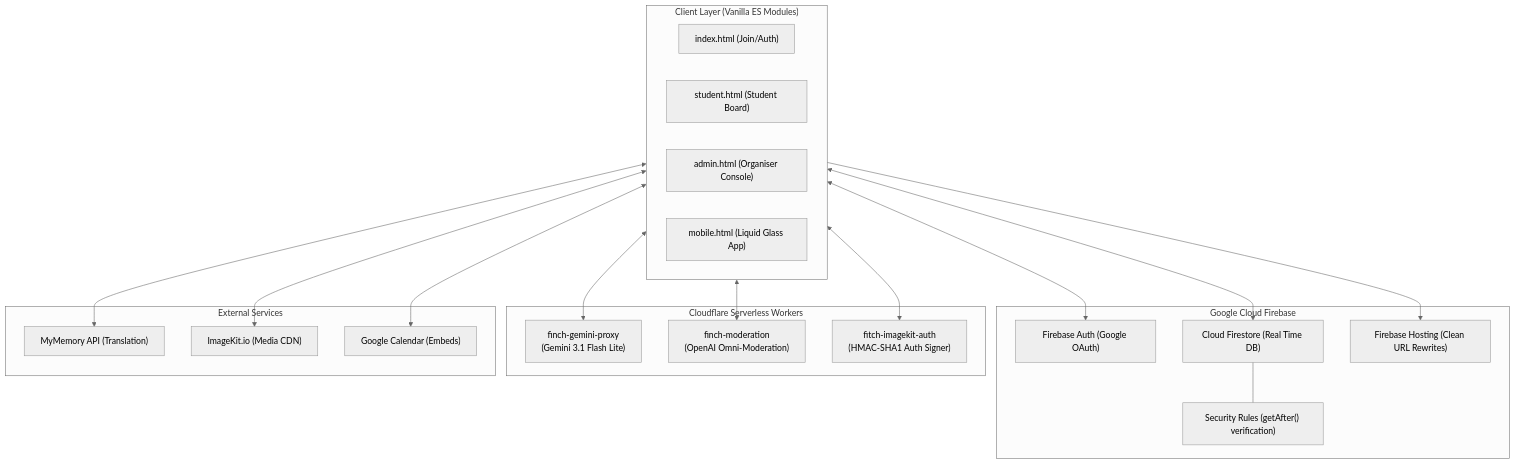
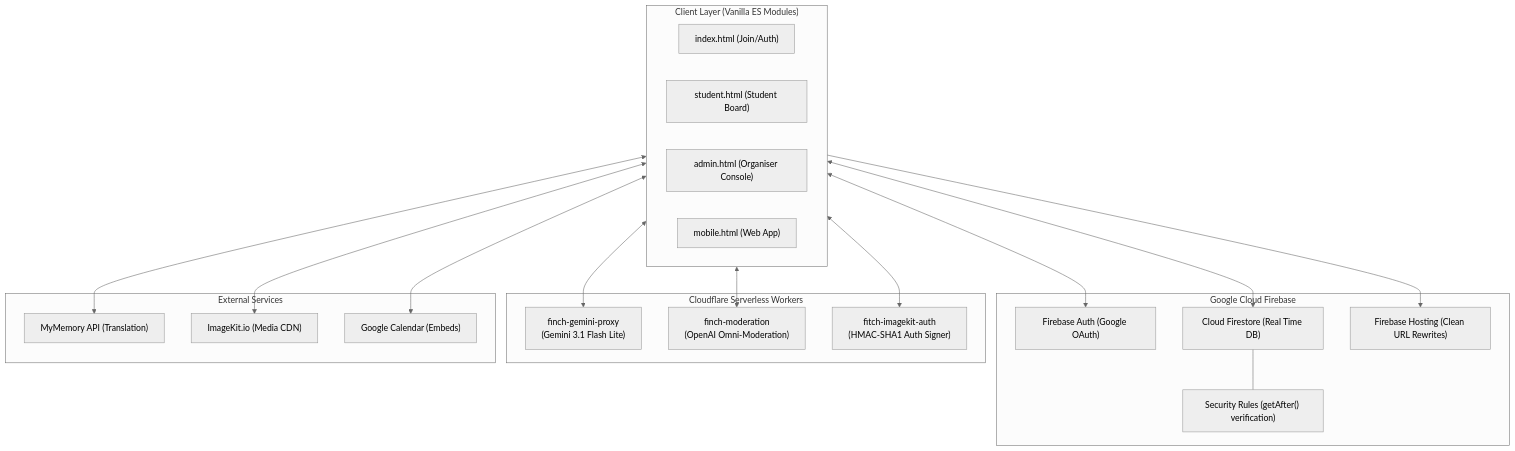
One commit to BruhKrypticc/fitch changed the diagram in README.md. Above: the diagram before and after it, drawn with Mermaid (neutral theme).

Commit message:
readme again

````diff
--- a/README.md
+++ b/README.md
@@ -55,41 +55,41 @@
 ```mermaid
 flowchart TD
     subgraph Client ["Client Layer (Vanilla ES Modules)"]
         Index["index.html (Join/Auth)"]
         Student["student.html (Student Board)"]
         Admin["admin.html (Organiser Console)"]
-        Mobile["mobile.html (Liquid Glass App)"]
+        Mobile["mobile.html (Web App)"]
     end
 
     subgraph Firebase ["Google Cloud Firebase"]
         Auth["Firebase Auth (Google OAuth)"]
         Firestore["Cloud Firestore (Real Time DB)"]
         Rules["Security Rules (getAfter() verification)"]
         Hosting["Firebase Hosting (Clean URL Rewrites)"]
     end
 
     subgraph Serverless ["Cloudflare Serverless Workers"]
         GeminiProxy["finch-gemini-proxy\n(Gemini 3.1 Flash Lite)"]
         ModProxy["finch-moderation\n(OpenAI Omni-Moderation)"]
         ImageKitProxy["fitch-imagekit-auth\n(HMAC-SHA1 Auth Signer)"]
     end
 
     subgraph External ["External Services"]
         MyMemory["MyMemory API (Translation)"]
         ImageKit["ImageKit.io (Media CDN)"]
         GCal["Google Calendar (Embeds)"]
     end
 
     Client --> Hosting
     Client <--> Auth
     Client <--> Firestore
     Firestore --- Rules
 
     Client <--> GeminiProxy
     Client <--> ModProxy
     Client <--> ImageKitProxy
     Client <--> MyMemory
     Client <--> ImageKit
     Client <--> GCal
 
 ```
````
